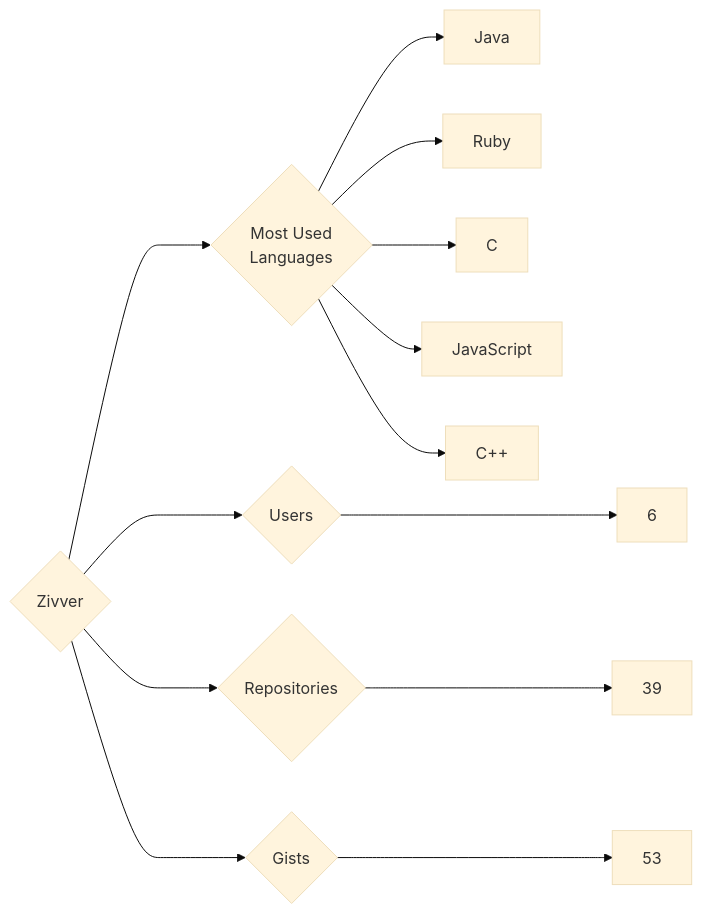
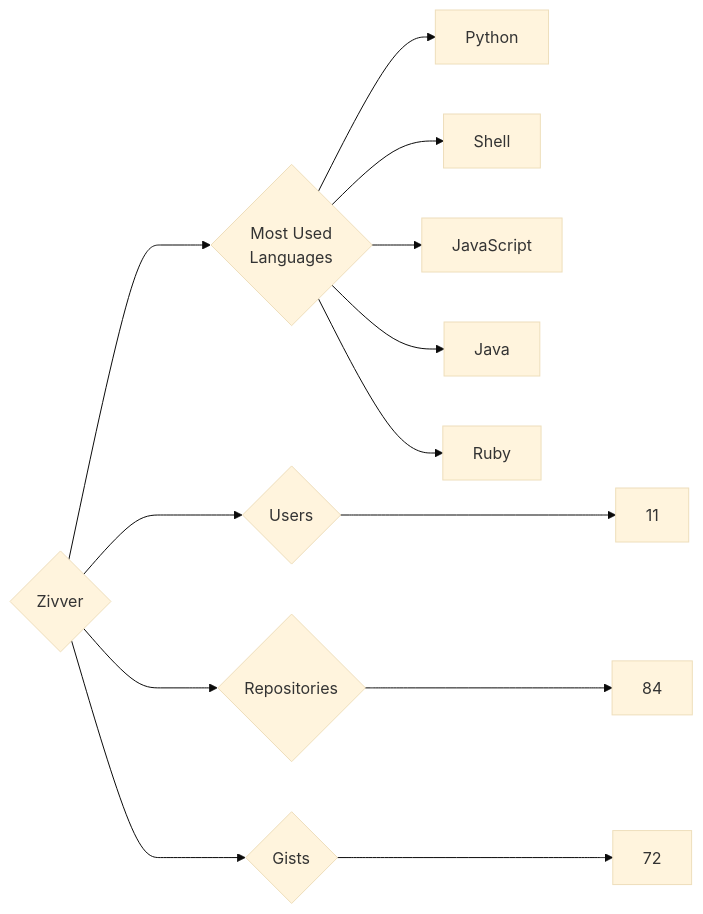
Before and after one commit to trickest/insiders: the diagram in targets/Zivver/README.md, drawn with Mermaid (base theme). The commit also changed 964 other files, not shown here.

````diff
--- a/targets/Zivver/README.md
+++ b/targets/Zivver/README.md
@@ -3,13 +3,13 @@
 ```mermaid
 graph LR
 COMPANY_NAME{Zivver}
-COMPANY_NAME ---> U{Users} ---> UN[6]
-COMPANY_NAME ---> R{Repositories} ---> RN[39]
-COMPANY_NAME ---> G{Gists} ---> GN[53]
+COMPANY_NAME ---> U{Users} ---> UN[11]
+COMPANY_NAME ---> R{Repositories} ---> RN[84]
+COMPANY_NAME ---> G{Gists} ---> GN[72]
 COMPANY_NAME ---> ML{Most Used<br>Languages}
+ML --> Python[Python]
+ML --> Shell[Shell]
+ML --> JavaScript[JavaScript]
 ML --> Java[Java]
 ML --> Ruby[Ruby]
-ML --> C[C]
-ML --> JavaScript[JavaScript]
-ML --> C++[C++]
 ```
````
